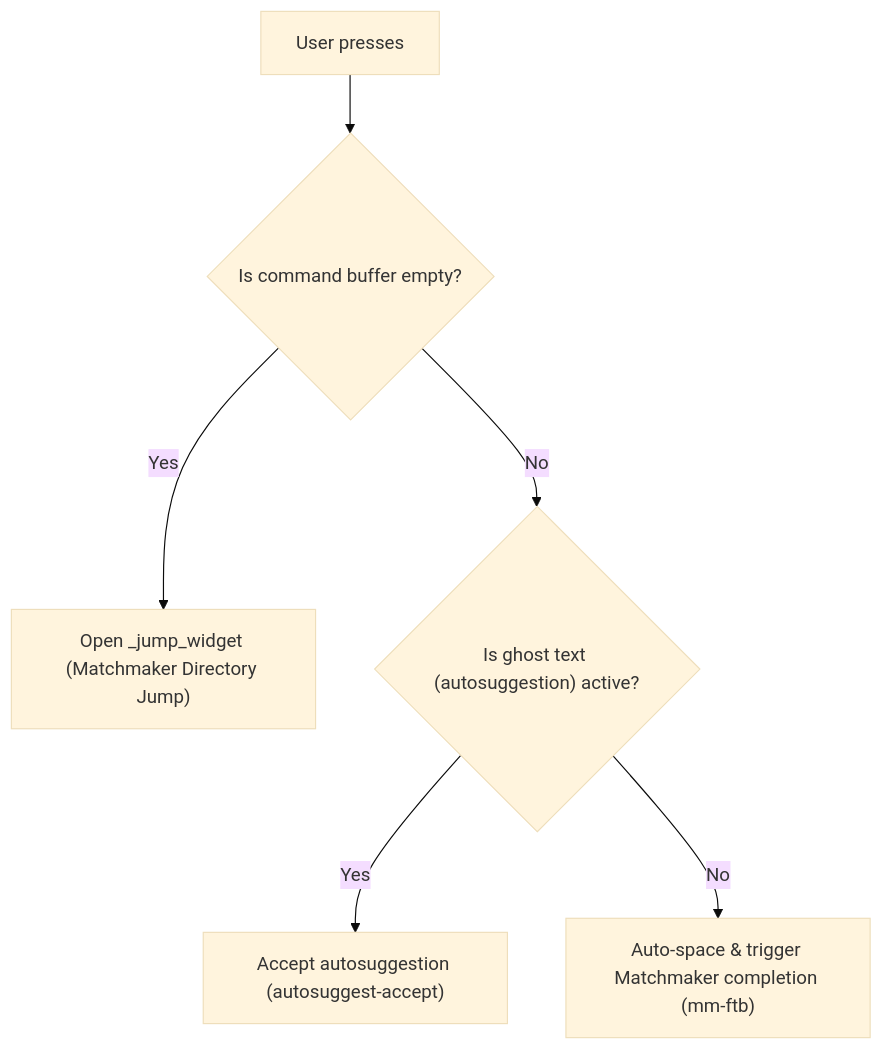
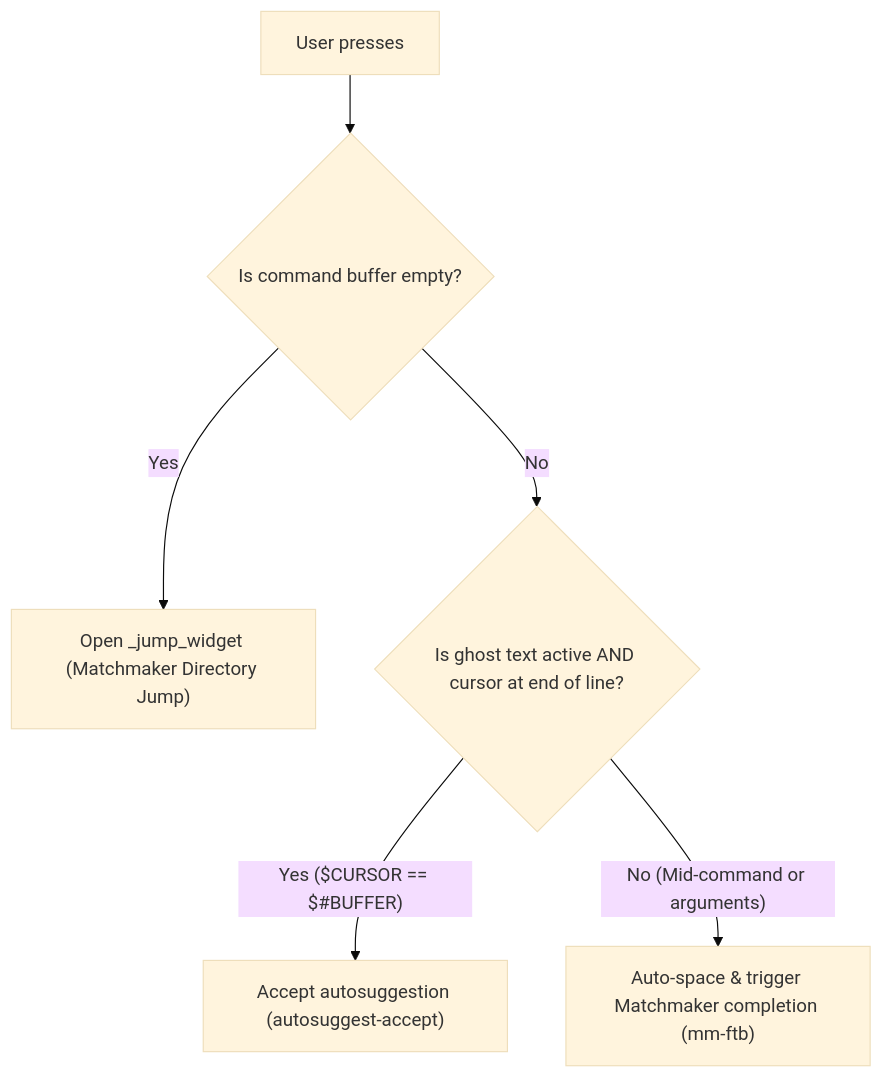
Before and after one commit to fcmiranda/.dotfiles: the first of 2 diagrams in docs/shell/completion.md, drawn with Mermaid (base theme). The commit also changed other lines of this file and 2 other files, not shown here.

Commit message:
docs(shell): document zero-fork mm-ftb, smart tab and ux report

````diff
--- a/docs/shell/completion.md
+++ b/docs/shell/completion.md
@@ -11,8 +11,8 @@
 ```mermaid
 flowchart TD
     A["User presses <Tab>"] --> B{"Is command buffer empty?"}
     B -- Yes --> C["Open _jump_widget (Matchmaker Directory Jump)"]
-    B -- No --> D{"Is ghost text (autosuggestion) active?"}
-    D -- Yes --> E["Accept autosuggestion (autosuggest-accept)"]
-    D -- No --> F["Auto-space & trigger Matchmaker completion (mm-ftb)"]
+    B -- No --> D{"Is ghost text active AND cursor at end of line?"}
+    D -- "Yes ($CURSOR == $#BUFFER)" --> E["Accept autosuggestion (autosuggest-accept)"]
+    D -- "No (Mid-command or arguments)" --> F["Auto-space & trigger Matchmaker completion (mm-ftb)"]
 ```
````
